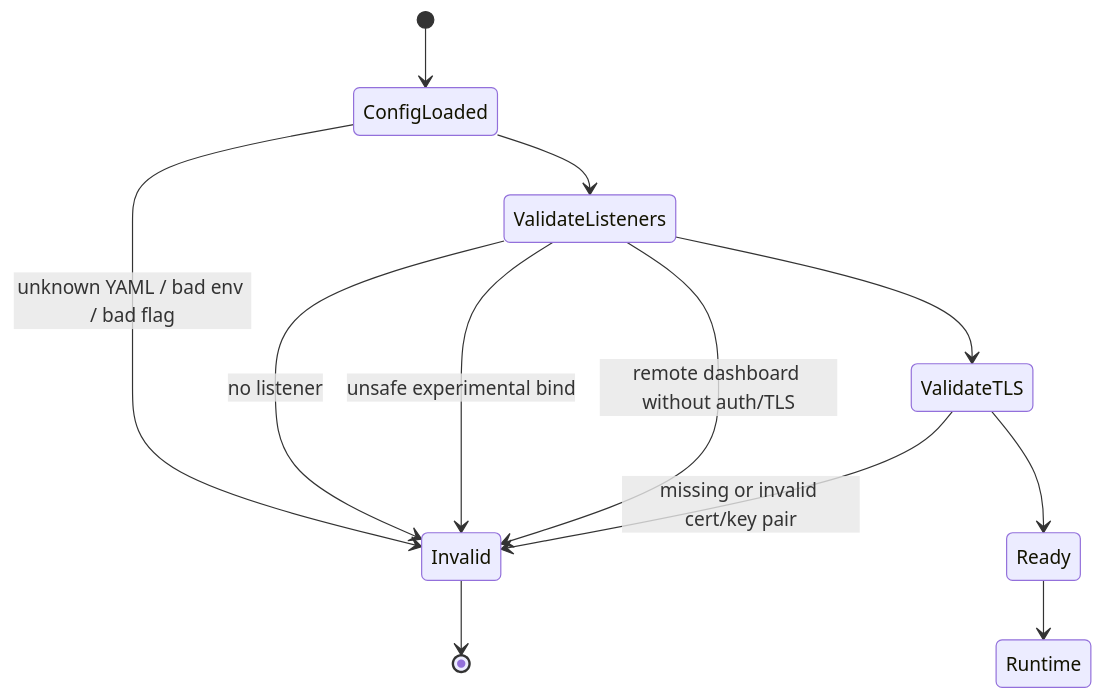
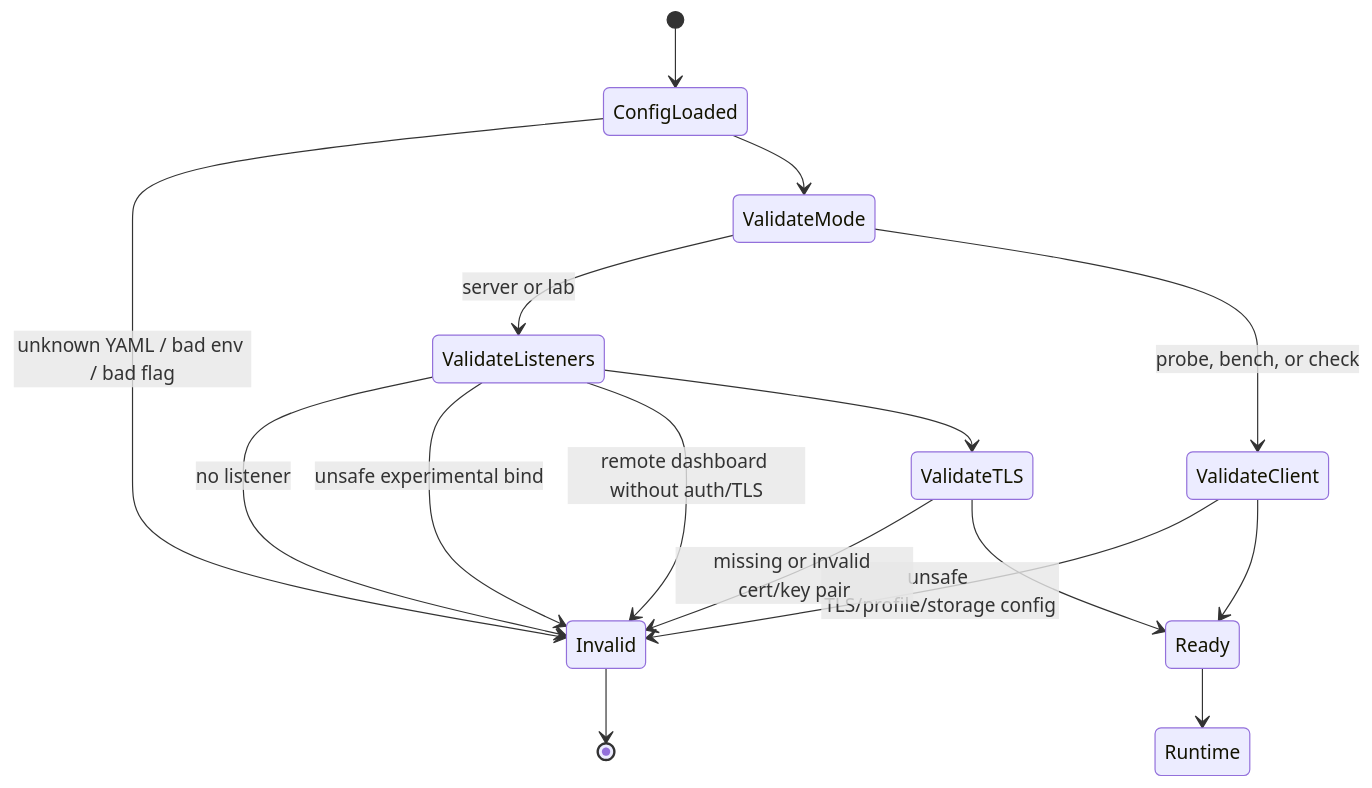
Before and after one commit to TritonProbe/triton: the fifth of 26 diagrams in ARCHITECTURE.md, drawn with Mermaid. The commit also changed other lines of this file and 12 other files, not shown here.

First line of the commit message:
Add client-only config validation and preserve partial bench failures

````diff
--- a/ARCHITECTURE.md
+++ b/ARCHITECTURE.md
@@ -177,14 +185,18 @@
 ```mermaid
 stateDiagram-v2
     [*] --> ConfigLoaded
     ConfigLoaded --> Invalid: unknown YAML / bad env / bad flag
-    ConfigLoaded --> ValidateListeners
+    ConfigLoaded --> ValidateMode
+    ValidateMode --> ValidateListeners: server or lab
+    ValidateMode --> ValidateClient: probe, bench, or check
     ValidateListeners --> Invalid: no listener
     ValidateListeners --> Invalid: unsafe experimental bind
     ValidateListeners --> Invalid: remote dashboard without auth/TLS
     ValidateListeners --> ValidateTLS
+    ValidateClient --> Invalid: unsafe TLS/profile/storage config
+    ValidateClient --> Ready
     ValidateTLS --> Invalid: missing or invalid cert/key pair
     ValidateTLS --> Ready
     Invalid --> [*]
     Ready --> Runtime
 ```
````
